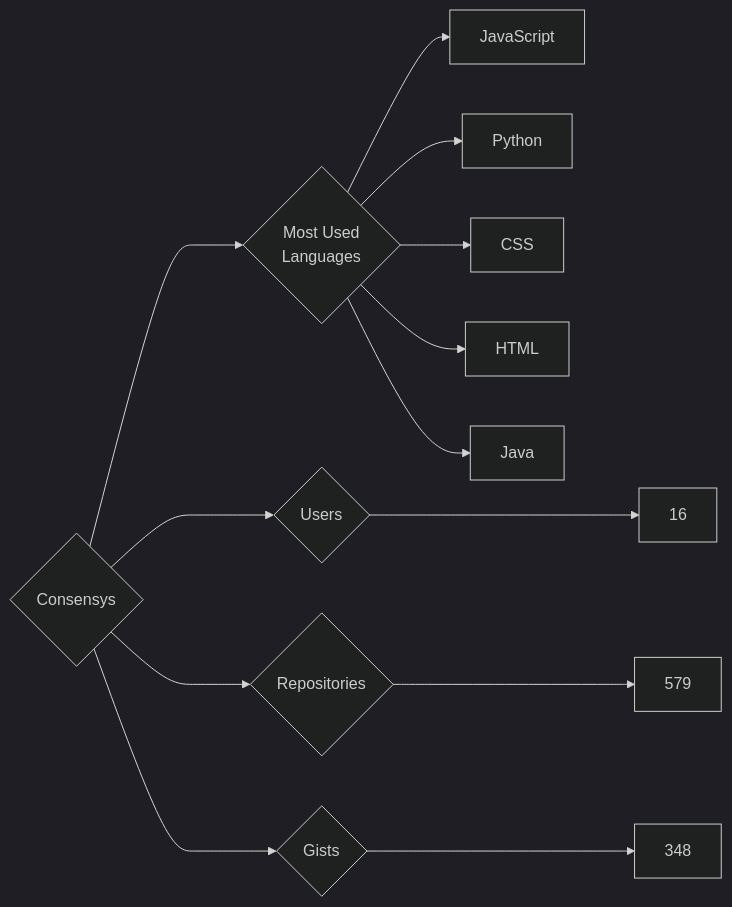
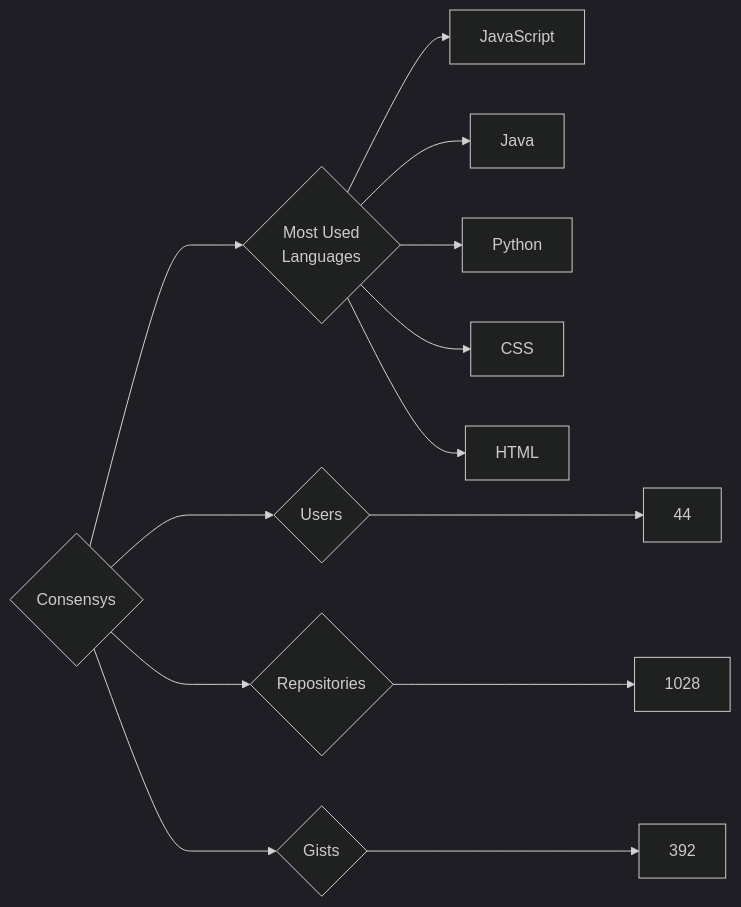
The diagram in targets/Consensys/README.md (trickest/insiders), drawn with Mermaid (dark theme) before and after one commit. The commit also changed 721 other files, not shown here.

````diff
--- a/targets/Consensys/README.md
+++ b/targets/Consensys/README.md
@@ -3,13 +3,13 @@
 ```mermaid
 graph LR
 COMPANY_NAME{Consensys}
-COMPANY_NAME ---> U{Users} ---> UN[16]
-COMPANY_NAME ---> R{Repositories} ---> RN[579]
-COMPANY_NAME ---> G{Gists} ---> GN[348]
+COMPANY_NAME ---> U{Users} ---> UN[44]
+COMPANY_NAME ---> R{Repositories} ---> RN[1028]
+COMPANY_NAME ---> G{Gists} ---> GN[392]
 COMPANY_NAME ---> ML{Most Used<br>Languages}
 ML --> JavaScript[JavaScript]
+ML --> Java[Java]
 ML --> Python[Python]
 ML --> CSS[CSS]
 ML --> HTML[HTML]
-ML --> Java[Java]
 ```
````
